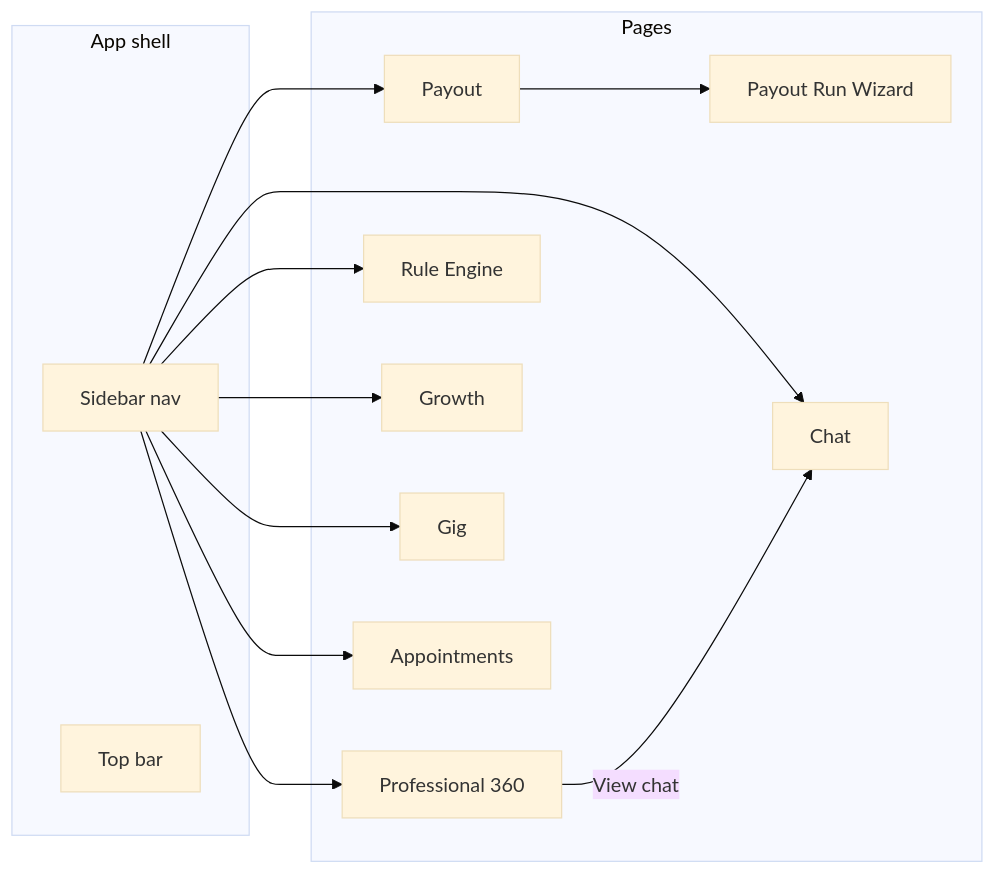
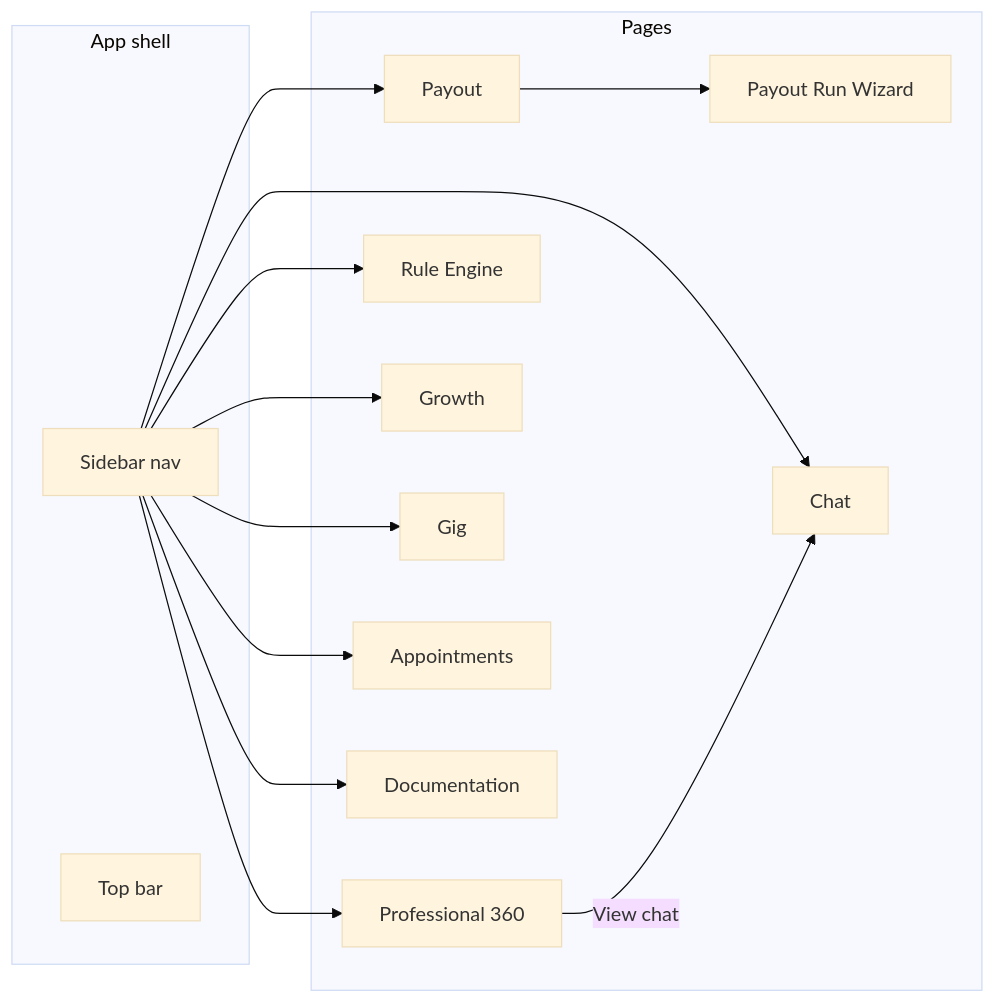
The first of 5 diagrams in docs/PRO360_PITCH_PLAN.md (yon-tf/pro360), drawn with Mermaid (base theme) before and after one commit. The commit also changed other lines of this file and 131 other files, not shown here.

````diff
--- a/docs/PRO360_PITCH_PLAN.md
+++ b/docs/PRO360_PITCH_PLAN.md
@@ -128,26 +138,28 @@
 ```mermaid
 flowchart LR
   subgraph shell["App shell"]
     Sidebar["Sidebar nav"]
     TopBar["Top bar"]
   end
   subgraph pages["Pages"]
     P360["Professional 360"]
     Payout["Payout"]
     PayoutRun["Payout Run Wizard"]
     Rules["Rule Engine"]
     Chat["Chat"]
     LMS["Growth"]
     Gig["Gig"]
     Appts["Appointments"]
+    Docs["Documentation"]
   end
   Sidebar --> P360
   Sidebar --> Payout
   Sidebar --> Rules
   Sidebar --> Chat
   Sidebar --> LMS
   Sidebar --> Gig
   Sidebar --> Appts
+  Sidebar --> Docs
   Payout --> PayoutRun
   P360 -->|View chat| Chat
 ```
````
